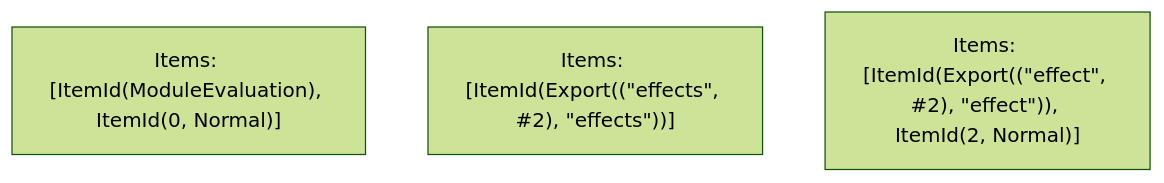
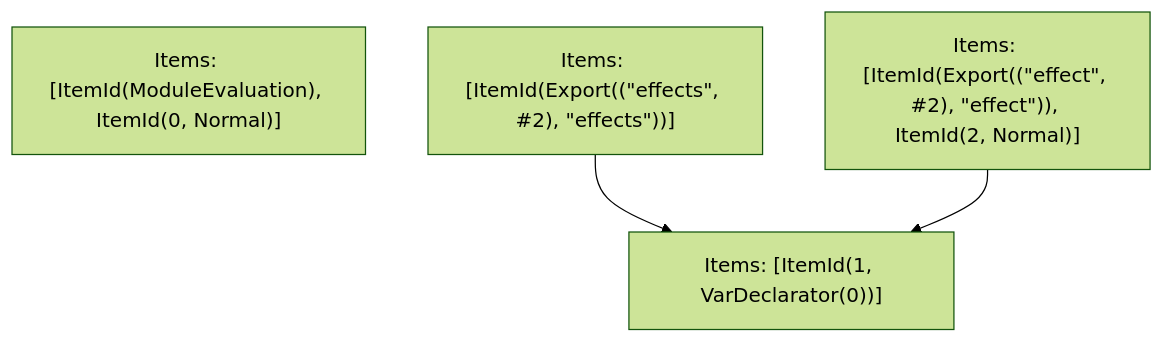
The fifth of 5 diagrams in crates/turbopack-ecmascript/tests/tree-shaker/analyzer/tla-1/output.md (vercel/turborepo), drawn with Mermaid (forest theme) before and after one commit. The commit also changed other lines of this file and 20 other files, not shown here.

````diff
--- a/crates/turbopack-ecmascript/tests/tree-shaker/analyzer/tla-1/output.md
+++ b/crates/turbopack-ecmascript/tests/tree-shaker/analyzer/tla-1/output.md
@@ -97,6 +97,9 @@
 ```mermaid
 graph TD
     N0["Items: [ItemId(ModuleEvaluation), ItemId(0, Normal)]"];
     N1["Items: [ItemId(Export((&quot;effects&quot;, #2), &quot;effects&quot;))]"];
     N2["Items: [ItemId(Export((&quot;effect&quot;, #2), &quot;effect&quot;)), ItemId(2, Normal)]"];
+    N3["Items: [ItemId(1, VarDeclarator(0))]"];
+    N1 --> N3;
+    N2 --> N3;
 ```
````
